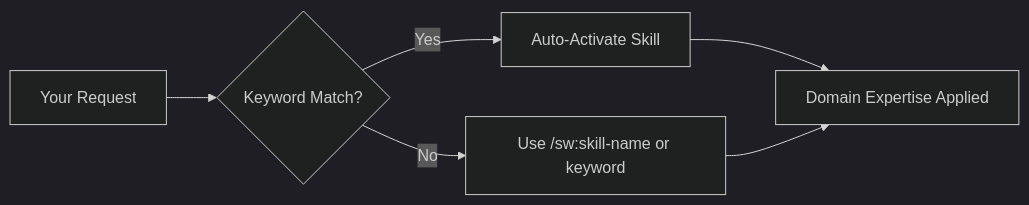
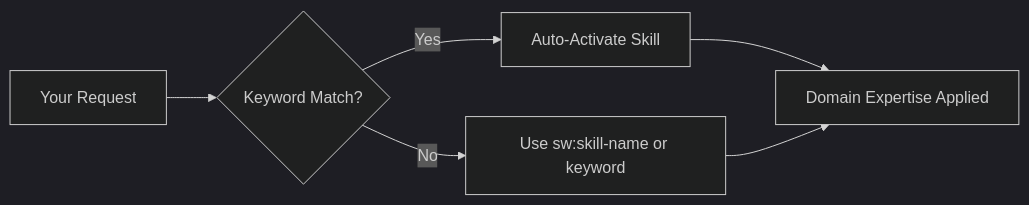
The diagram in docs-site/docs/reference/skills.md (anton-abyzov/specweave), drawn with Mermaid (dark theme) before and after one commit. The commit also changed other lines of this file and 328 other files, not shown here.

````diff
--- a/docs-site/docs/reference/skills.md
+++ b/docs-site/docs/reference/skills.md
@@ -21,8 +21,8 @@
 ```mermaid
 graph LR
     A[Your Request] --> B{Keyword Match?}
     B -->|Yes| C[Auto-Activate Skill]
-    B -->|No| D[Use /sw:skill-name or keyword]
+    B -->|No| D[Use sw:skill-name or keyword]
     C --> E[Domain Expertise Applied]
     D --> E
 ```
````
